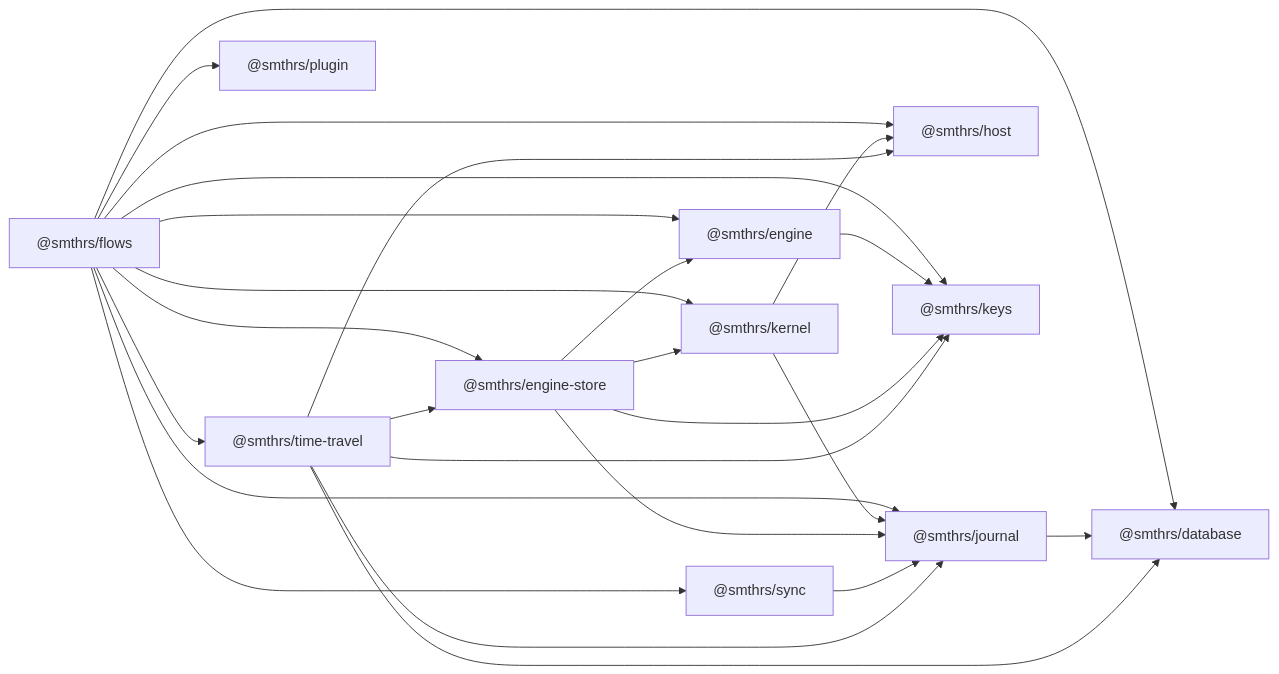
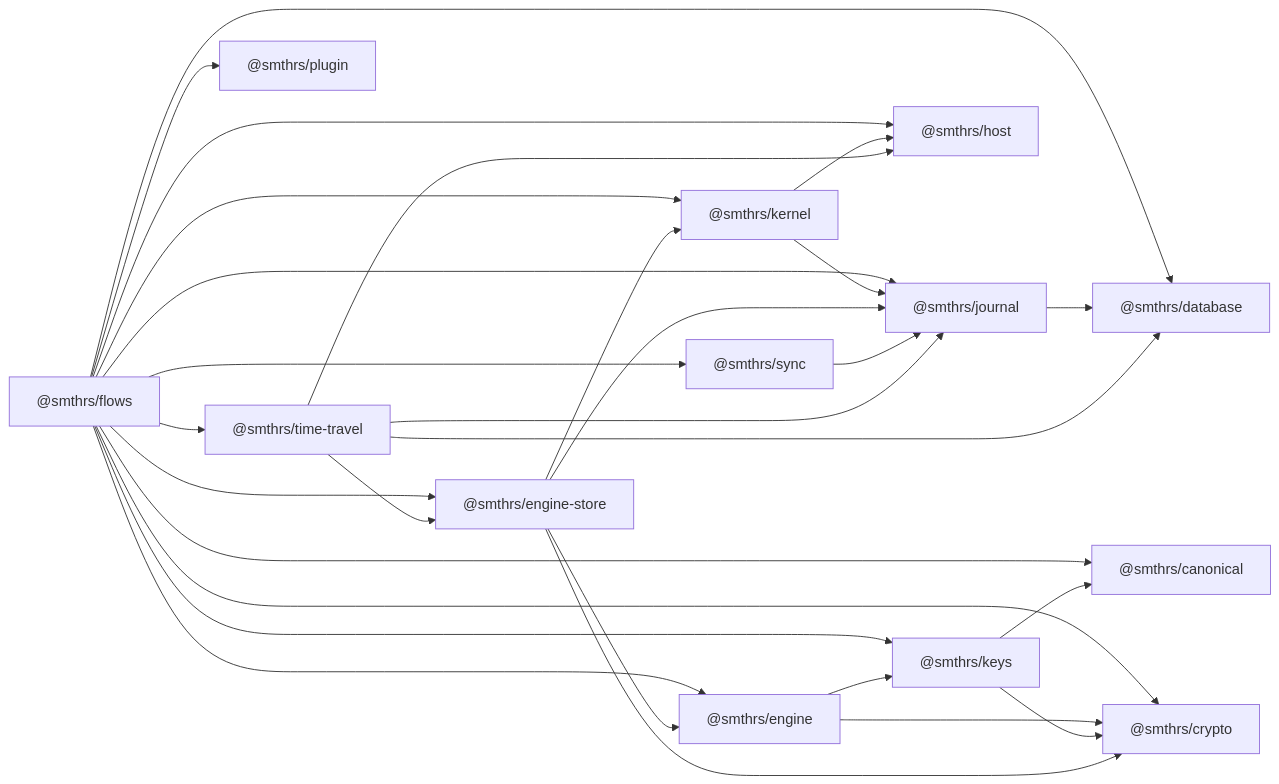
The diagram in docs/pages/package-structure.md (smithersai/flows), drawn with Mermaid before and after one commit. The commit also changed other lines of this file and 44 other files, not shown here.

````diff
--- a/docs/pages/package-structure.md
+++ b/docs/pages/package-structure.md
@@ -40,39 +42,45 @@
 ```mermaid
 flowchart LR
   FLOWS["@smthrs/flows"]
   TT["@smthrs/time-travel"]
   ES["@smthrs/engine-store"]
   SYNC["@smthrs/sync"]
   KERNEL["@smthrs/kernel"]
   ENGINE["@smthrs/engine"]
   JOURNAL["@smthrs/journal"]
   DB["@smthrs/database"]
   HOST["@smthrs/host"]
   KEYS["@smthrs/keys"]
+  CRYPTO["@smthrs/crypto"]
+  CANONICAL["@smthrs/canonical"]
   PLUGIN["@smthrs/plugin"]
 
   FLOWS --> HOST
   FLOWS --> DB
   FLOWS --> JOURNAL
   FLOWS --> KERNEL
   FLOWS --> KEYS
+  FLOWS --> CRYPTO
+  FLOWS --> CANONICAL
   FLOWS --> ENGINE
   FLOWS --> ES
   FLOWS --> PLUGIN
   FLOWS --> SYNC
   FLOWS --> TT
   JOURNAL --> DB
   KERNEL --> HOST
   KERNEL --> JOURNAL
   ENGINE --> KEYS
+  ENGINE --> CRYPTO
+  KEYS --> CANONICAL
+  KEYS --> CRYPTO
   ES --> ENGINE
-  ES --> KEYS
+  ES --> CRYPTO
   ES --> JOURNAL
   ES --> KERNEL
   SYNC --> JOURNAL
   TT --> DB
   TT --> ES
   TT --> HOST
   TT --> JOURNAL
-  TT --> KEYS
 ```
````
